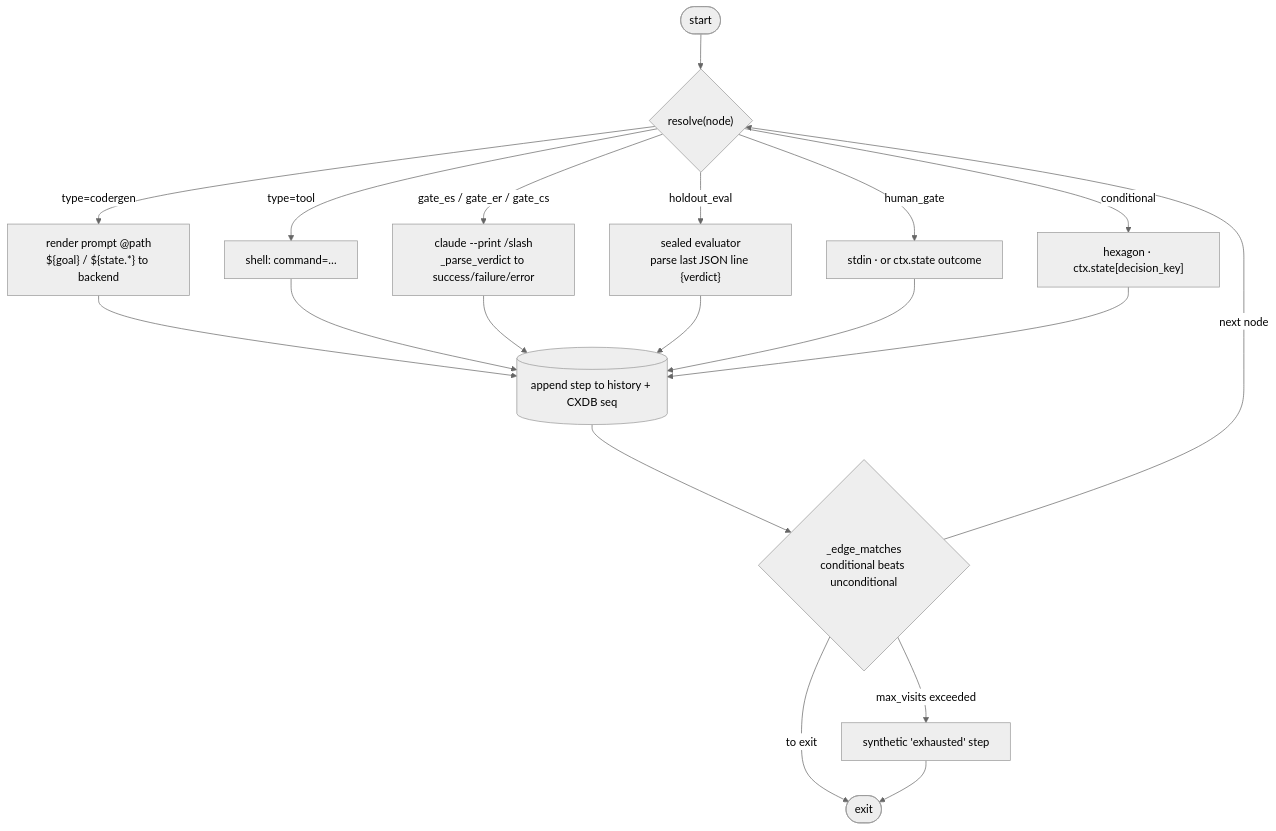
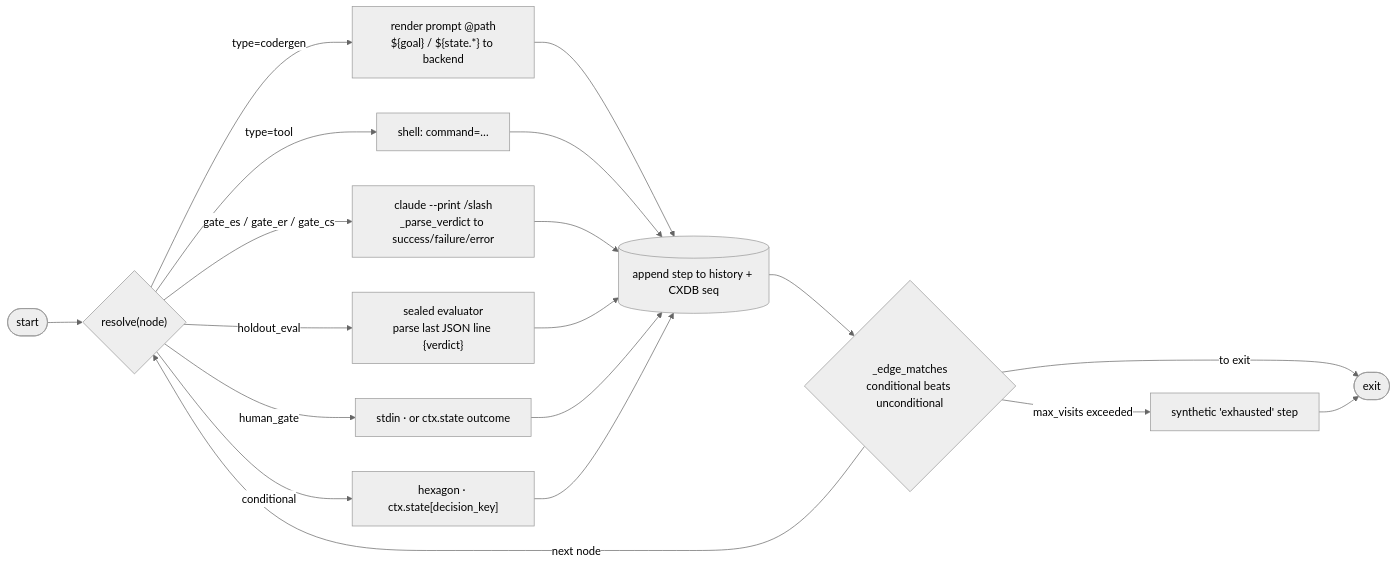
One commit to jleechanorg/dark-factory changed the second of 2 diagrams in README.md. Above: the diagram before and after it, drawn with Mermaid (neutral theme). The commit also changed other lines of this file and 8 other files, not shown here.

First line of the commit message:
feat(slim): default to adversarial codex reviewer + docs (dynamic-vs-static, LR diagrams)

````diff
--- a/README.md
+++ b/README.md
@@ -134,16 +137,16 @@
 ```mermaid
-flowchart TD
+flowchart LR
   S(["start"]) --> R{"resolve(node)"}
   R -->|type=codergen| CG["render prompt @path<br/>${goal} / ${state.*} to backend"]
   R -->|type=tool| T["shell: command=…"]
   R -->|gate_es / gate_er / gate_cs| G["claude --print /slash<br/>_parse_verdict to success/failure/error"]
   R -->|holdout_eval| H["sealed evaluator<br/>parse last JSON line {verdict}"]
   R -->|human_gate| HG["stdin · or ctx.state outcome"]
   R -->|conditional| C["hexagon · ctx.state[decision_key]"]
   CG & T & G & H & HG & C --> REC[("append step to history + CXDB seq")]
   REC --> E{"_edge_matches<br/>conditional beats unconditional"}
   E -->|max_visits exceeded| EX["synthetic 'exhausted' step"]
   E -->|next node| R
   E -->|to exit| Z(["exit"])
   EX --> Z
 ```
````
